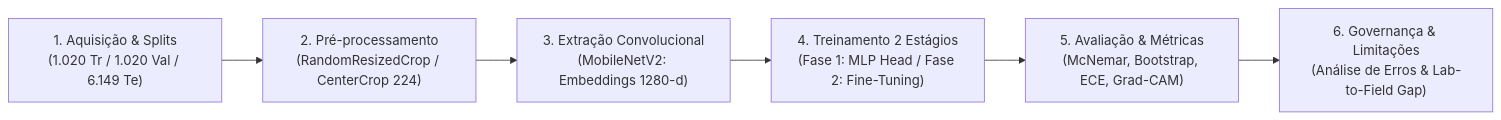
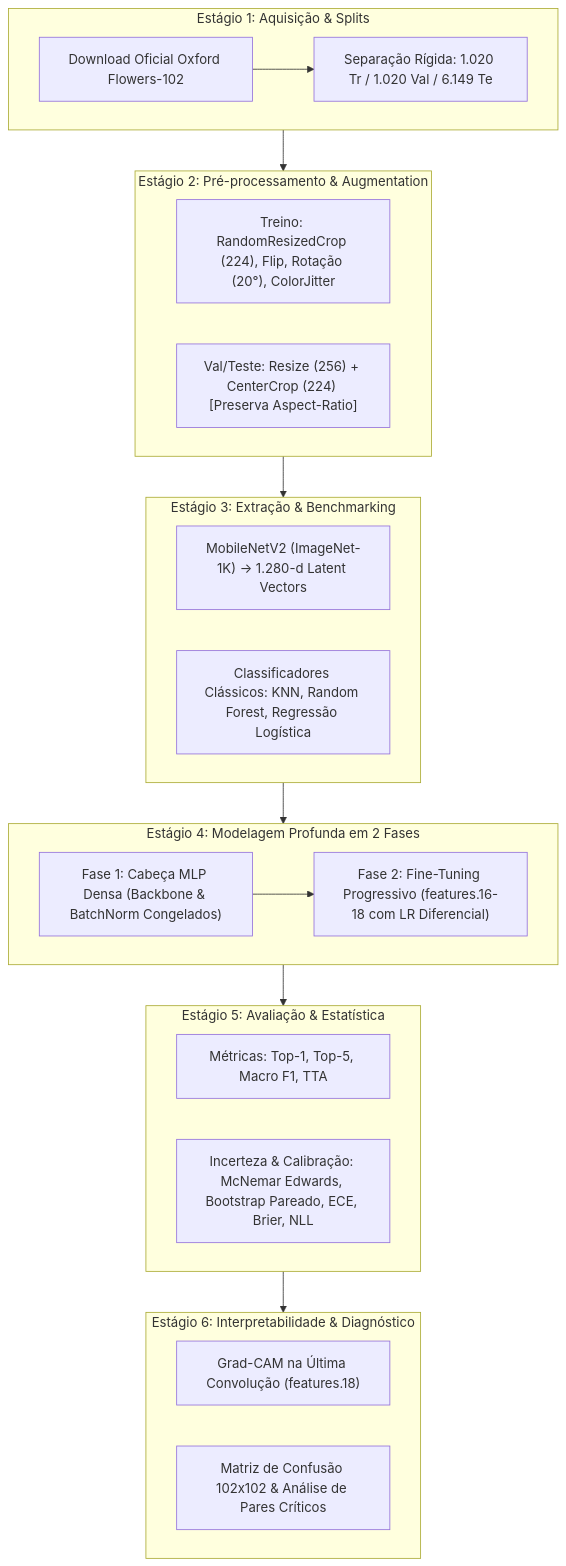
One commit to kelryana/classificacao-botanica changed the diagram in README.md. Above: the diagram before and after it, drawn with Mermaid. The commit also changed other lines of this file and 16 other files, not shown here.

````diff
--- a/README.md
+++ b/README.md
@@ -72,8 +75,32 @@
 ```mermaid
-flowchart LR
-    E1["1. Aquisição & Splits<br/>(1.020 Tr / 1.020 Val / 6.149 Te)"] --> E2["2. Pré-processamento<br/>(RandomResizedCrop / CenterCrop 224)"]
-    E2 --> E3["3. Extração Convolucional<br/>(MobileNetV2: Embeddings 1280-d)"]
-    E3 --> E4["4. Treinamento 2 Estágios<br/>(Fase 1: MLP Head / Fase 2: Fine-Tuning)"]
-    E4 --> E5["5. Avaliação & Métricas<br/>(McNemar, Bootstrap, ECE, Grad-CAM)"]
-    E5 --> E6["6. Governança & Limitações<br/>(Análise de Erros & Lab-to-Field Gap)"]
+flowchart TD
+    subgraph S1 ["Estágio 1: Aquisição & Splits"]
+        A1["Download Oficial Oxford Flowers-102"] --> A2["Separação Rígida: 1.020 Tr / 1.020 Val / 6.149 Te"]
+    end
+
+    subgraph S2 ["Estágio 2: Pré-processamento & Augmentation"]
+        B1["Treino: RandomResizedCrop (224), Flip, Rotação (20°), ColorJitter"]
+        B2["Val/Teste: Resize (256) + CenterCrop (224) [Preserva Aspect-Ratio]"]
+    end
+
+    subgraph S3 ["Estágio 3: Extração & Benchmarking"]
+        C1["MobileNetV2 (ImageNet-1K) -> 1.280-d Latent Vectors"]
+        C2["Classificadores Clássicos: KNN, Random Forest, Regressão Logística"]
+    end
+
+    subgraph S4 ["Estágio 4: Modelagem Profunda em 2 Fases"]
+        D1["Fase 1: Cabeça MLP Densa (Backbone & BatchNorm Congelados)"] --> D2["Fase 2: Fine-Tuning Progressivo (features.16-18 com LR Diferencial)"]
+    end
+
+    subgraph S5 ["Estágio 5: Avaliação & Estatística"]
+        E1["Métricas: Top-1, Top-5, Macro F1, TTA"]
+        E2["Incerteza & Calibração: McNemar Edwards, Bootstrap Pareado, ECE, Brier, NLL"]
+    end
+
+    subgraph S6 ["Estágio 6: Interpretabilidade & Diagnóstico"]
+        F1["Grad-CAM na Última Convolução (features.18)"]
+        F2["Matriz de Confusão 102x102 & Análise de Pares Críticos"]
+    end
+
+    S1 --> S2 --> S3 --> S4 --> S5 --> S6
 ```
````
